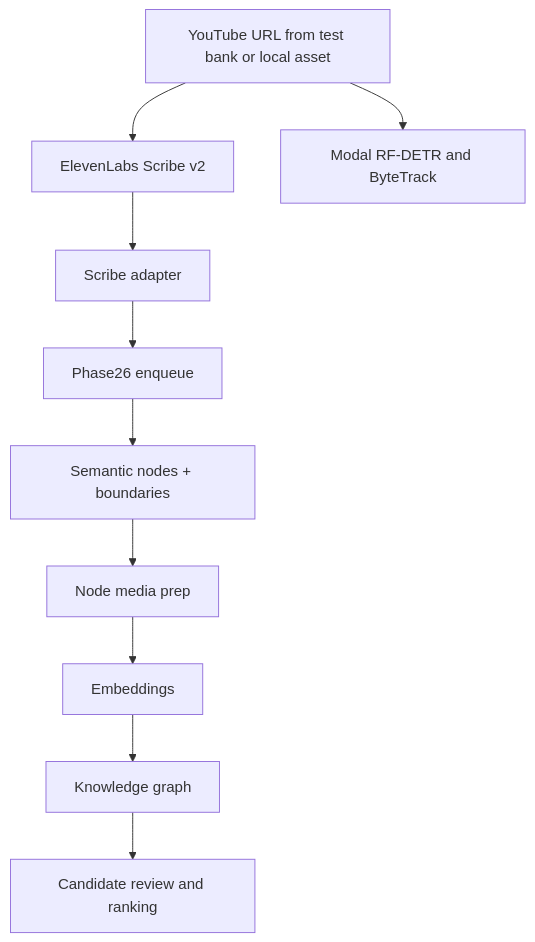
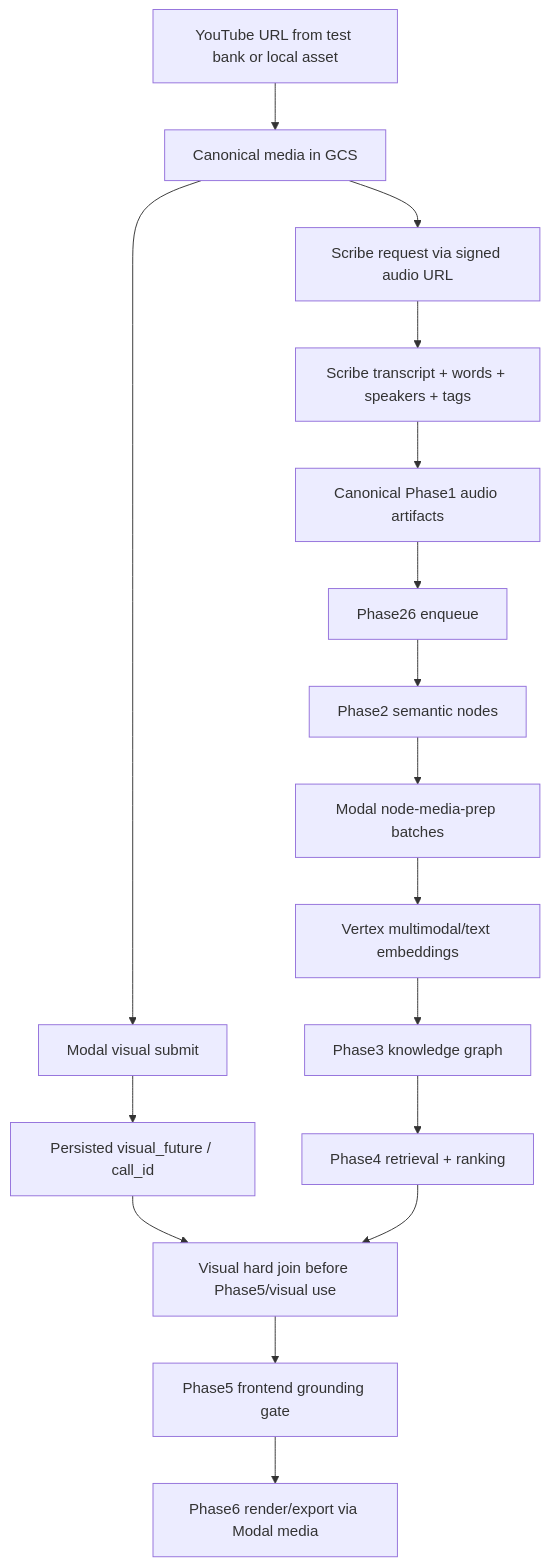
One commit to ClyptAI/Clypt-Backend changed the second of 2 diagrams in README.md. Above: the diagram before and after it, drawn with Mermaid. The commit also changed other lines of this file and 8 other files, not shown here.

````diff
--- a/README.md
+++ b/README.md
@@ -93,19 +127,26 @@
 ```mermaid
 flowchart TD
   source["YouTube URL from test bank or local asset"]
-  asr["ElevenLabs Scribe v2"]
-  audio["Scribe adapter"]
-  visual["Modal RF-DETR and ByteTrack"]
-  dispatch["Phase26 enqueue"]
-  nodes["Semantic nodes + boundaries"]
-  prep["Node media prep"]
-  embed["Embeddings"]
-  knowledgeGraph["Knowledge graph"]
-  rank["Candidate review and ranking"]
+  canonical["Canonical media in GCS"]
+  scribeReq["Scribe request via signed audio URL"]
+  visualReq["Modal visual submit"]
+  scribeRaw["Scribe transcript + words + speakers + tags"]
+  audioArtifacts["Canonical Phase1 audio artifacts"]
+  visualFuture["Persisted visual_future / call_id"]
+  enqueue["Phase26 enqueue"]
+  phase2["Phase2 semantic nodes"]
+  mediaPrep["Modal node-media-prep batches"]
+  embed["Vertex multimodal/text embeddings"]
+  phase3["Phase3 knowledge graph"]
+  phase4["Phase4 retrieval + ranking"]
+  visualJoin["Visual hard join before Phase5/visual use"]
+  phase5["Phase5 frontend grounding gate"]
+  phase6["Phase6 render/export via Modal media"]
 
-  source --> asr
-  source --> visual
-  asr --> audio
-  audio --> dispatch
-  dispatch --> nodes --> prep --> embed --> knowledgeGraph --> rank
+  source --> canonical
+  canonical --> scribeReq --> scribeRaw --> audioArtifacts --> enqueue
+  canonical --> visualReq --> visualFuture
+  enqueue --> phase2 --> mediaPrep --> embed --> phase3 --> phase4
+  visualFuture --> visualJoin
+  phase4 --> visualJoin --> phase5 --> phase6
 ```
````
